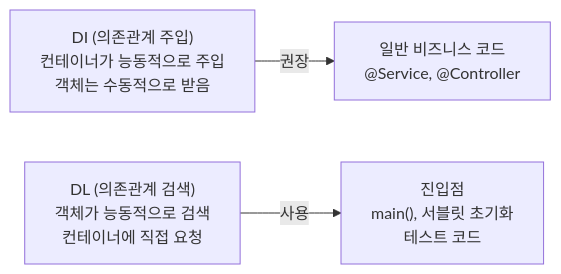
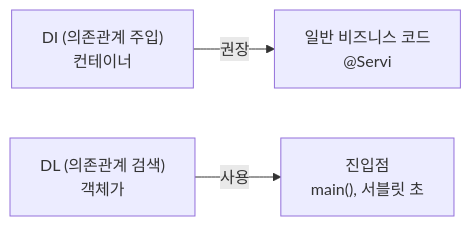
One commit to yjkim2015/yjkim2015.github.io changed the fourth of 5 diagrams in _posts/spring/2022-06-16-의존관계 주입(DI).md. Above: the diagram before and after it, drawn with Mermaid. The commit also changed other lines of this file and 271 other files, not shown here.

First line of the commit message:
Mermaid 라벨 축소: 긴 노드 텍스트 18자 이하로 트림 + \n 제거

````diff
--- a/_posts/spring/2022-06-16-의존관계 주입(DI).md
+++ b/_posts/spring/2022-06-16-의존관계 주입(DI).md
@@ -177,7 +177,7 @@
 ```mermaid
 graph LR
-    DI["DI (의존관계 주입)\n컨테이너가 능동적으로 주입\n객체는 수동적으로 받음"]
-    DL["DL (의존관계 검색)\n객체가 능동적으로 검색\n컨테이너에 직접 요청"]
-    DI -->|"권장"| PROD["일반 비즈니스 코드\n@Service, @Controller"]
-    DL -->|"사용"| ENTRY["진입점\nmain(), 서블릿 초기화\n테스트 코드"]
+    DI["DI (의존관계 주입)\n컨테이너"]
+    DL["DL (의존관계 검색)\n객체가"]
+    DI -->|"권장"| PROD["일반 비즈니스 코드\n@Servi"]
+    DL -->|"사용"| ENTRY["진입점\nmain(), 서블릿 초"]
 ```
````
